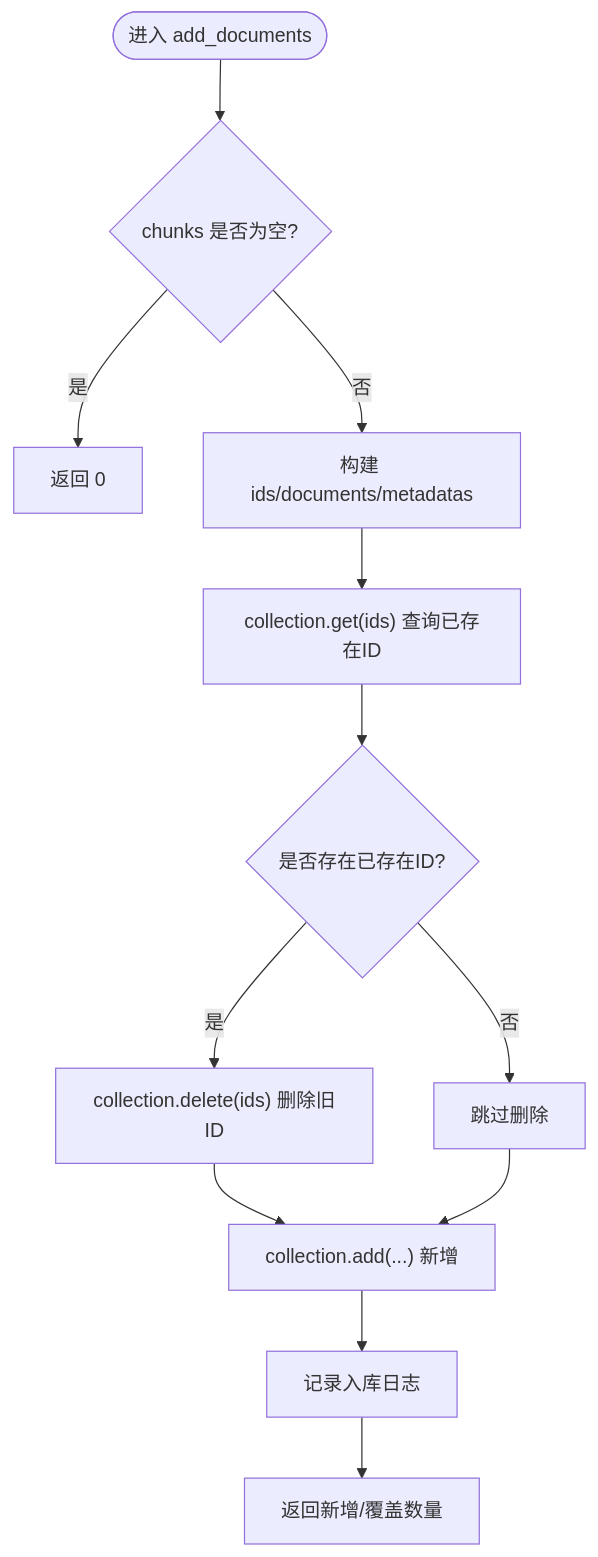
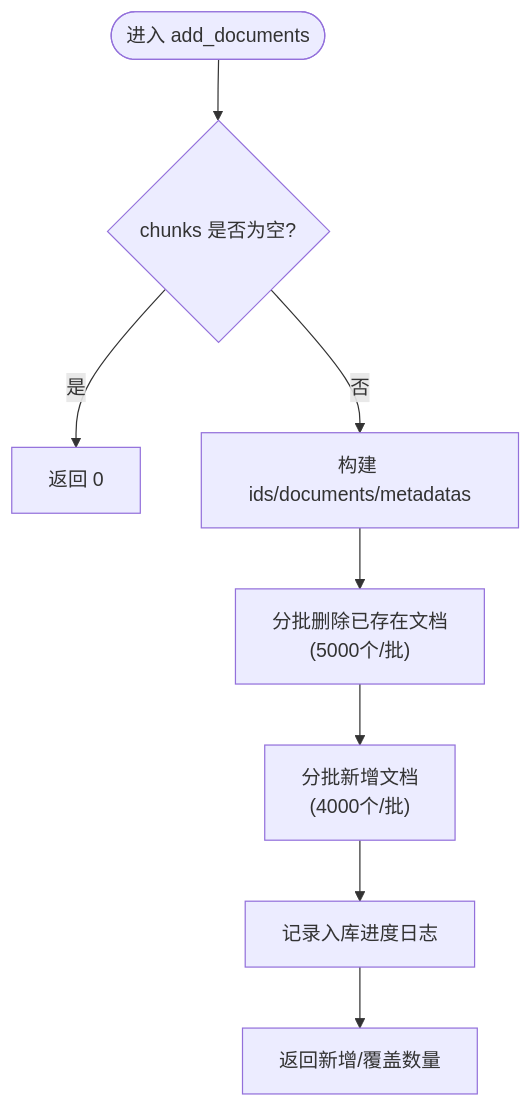
Before and after one commit to joyafa/knowledge: the fourth of 6 diagrams in .qoder/repowiki/zh/content/部署与运维/文档入库管理/向量存储管理.md, drawn with Mermaid. The commit also changed other lines of this file and 5 other files, not shown here.

````diff
--- a/.qoder/repowiki/zh/content/部署与运维/文档入库管理/向量存储管理.md
+++ b/.qoder/repowiki/zh/content/部署与运维/文档入库管理/向量存储管理.md
@@ -209,14 +228,10 @@
 ```mermaid
 flowchart TD
 Start(["进入 add_documents"]) --> CheckChunks{"chunks 是否为空?"}
 CheckChunks --> |是| ReturnZero["返回 0"]
 CheckChunks --> |否| BuildLists["构建 ids/documents/metadatas"]
-BuildLists --> GetExisting["collection.get(ids) 查询已存在ID"]
-GetExisting --> HasExisting{"是否存在已存在ID?"}
-HasExisting --> |是| DeleteOld["collection.delete(ids) 删除旧ID"]
-HasExisting --> |否| SkipDelete["跳过删除"]
-DeleteOld --> AddNew["collection.add(...) 新增"]
-SkipDelete --> AddNew
-AddNew --> LogInfo["记录入库日志"]
-LogInfo --> ReturnCount["返回新增/覆盖数量"]
+BuildLists --> BatchDel["分批删除已存在文档<br/>(5000个/批)"]
+BatchDel --> BatchAdd["分批新增文档<br/>(4000个/批)"]
+BatchAdd --> LogProgress["记录入库进度日志"]
+LogProgress --> ReturnCount["返回新增/覆盖数量"]
 ```
````
